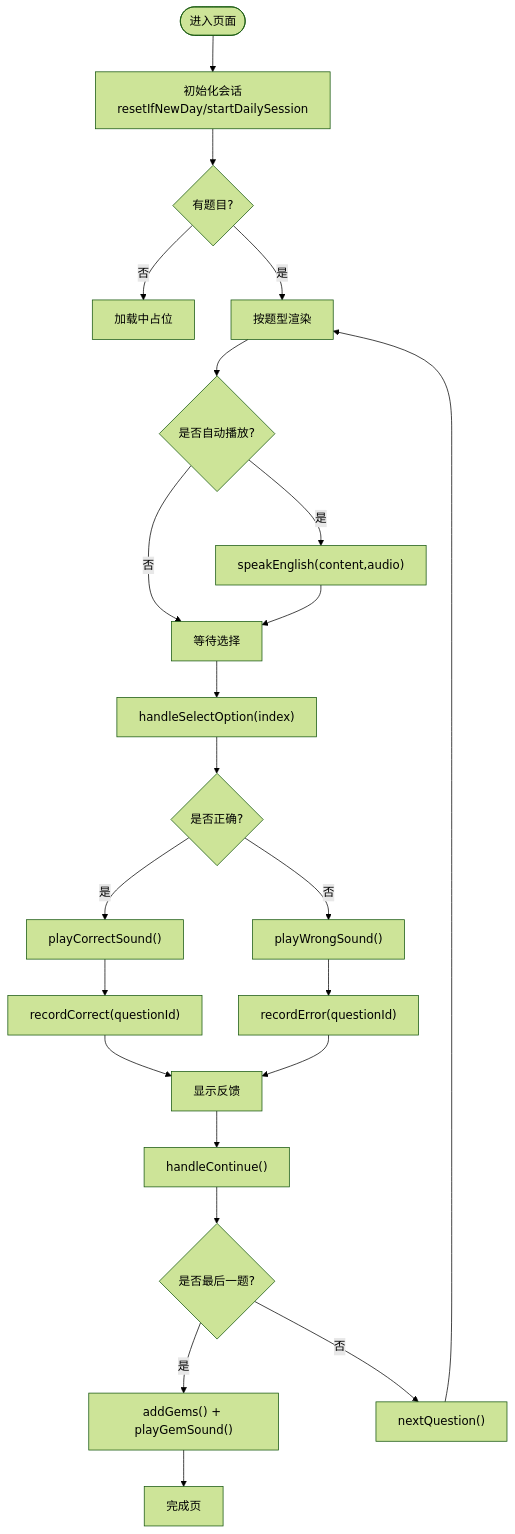
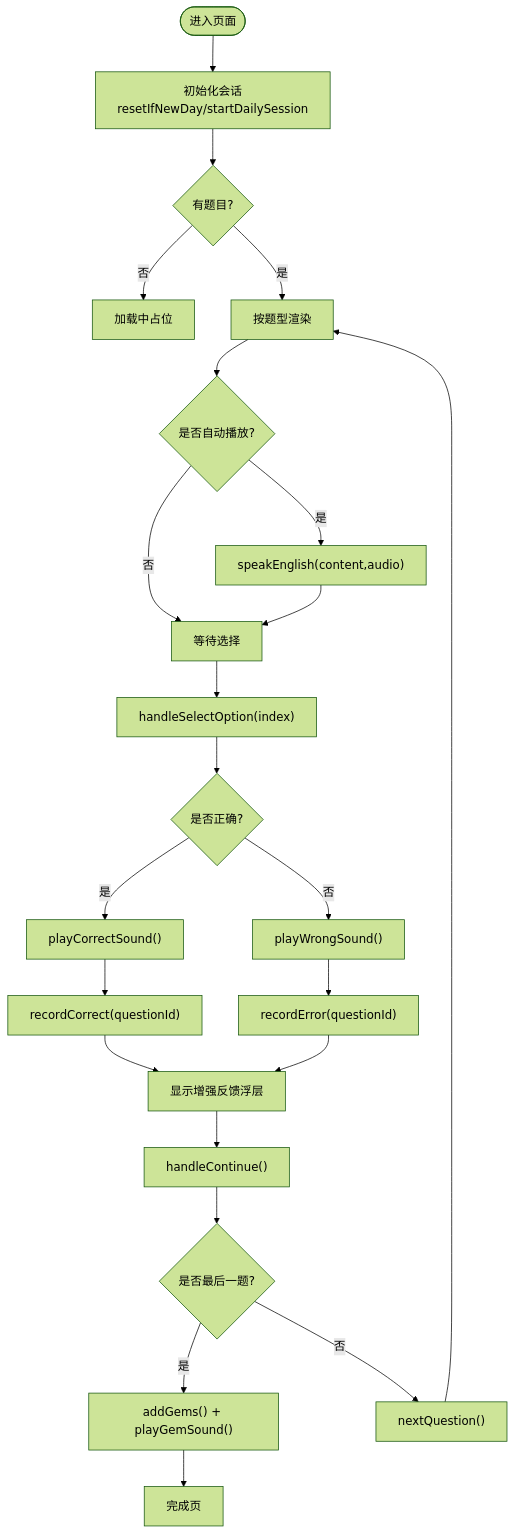
Before and after one commit to wudeng2005/rainbow-learning: the third of 7 diagrams in .qoder/repowiki/zh/content/功能组件详解/英语学习模块.md, drawn with Mermaid (forest theme). The commit also changed other lines of this file and 23 other files, not shown here.

````diff
--- a/.qoder/repowiki/zh/content/功能组件详解/英语学习模块.md
+++ b/.qoder/repowiki/zh/content/功能组件详解/英语学习模块.md
@@ -193,25 +217,25 @@
 ```mermaid
 flowchart TD
 Start(["进入页面"]) --> Init["初始化会话<br/>resetIfNewDay/startDailySession"]
 Init --> HasQ{"有题目?"}
 HasQ -- 否 --> Loading["加载中占位"]
 HasQ -- 是 --> Render["按题型渲染"]
 Render --> AutoPlay{"是否自动播放?"}
 AutoPlay -- 是 --> Speak["speakEnglish(content,audio)"]
 AutoPlay -- 否 --> WaitInput["等待选择"]
 Speak --> WaitInput
 WaitInput --> Select["handleSelectOption(index)"]
 Select --> Correct{"是否正确?"}
 Correct -- 是 --> PlayOk["playCorrectSound()"]
 Correct -- 否 --> PlayNo["playWrongSound()"]
 PlayOk --> Record["recordCorrect(questionId)"]
 PlayNo --> RecordErr["recordError(questionId)"]
-Record --> ShowFB["显示反馈"]
+Record --> ShowFB["显示增强反馈浮层"]
 RecordErr --> ShowFB
 ShowFB --> Continue["handleContinue()"]
 Continue --> Last{"是否最后一题?"}
 Last -- 是 --> Reward["addGems() + playGemSound()"]
 Last -- 否 --> Next["nextQuestion()"]
 Reward --> Done["完成页"]
 Next --> Render
 ```
````
